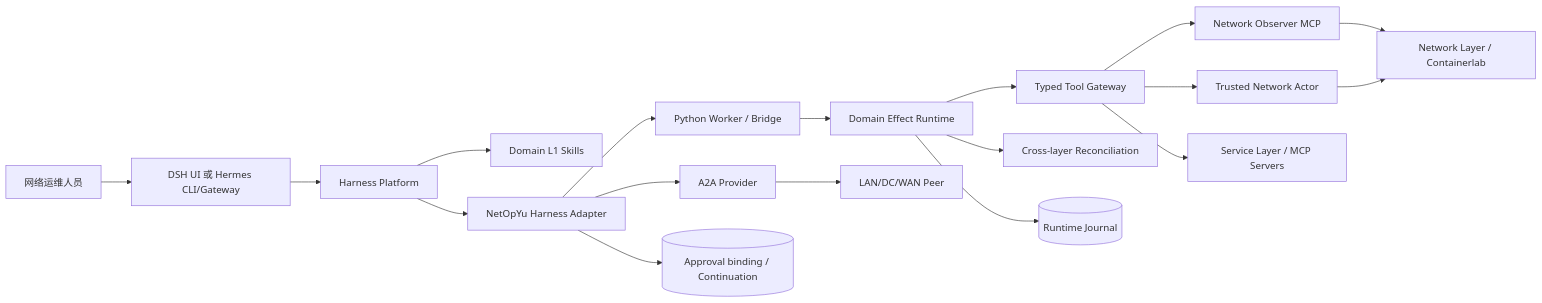
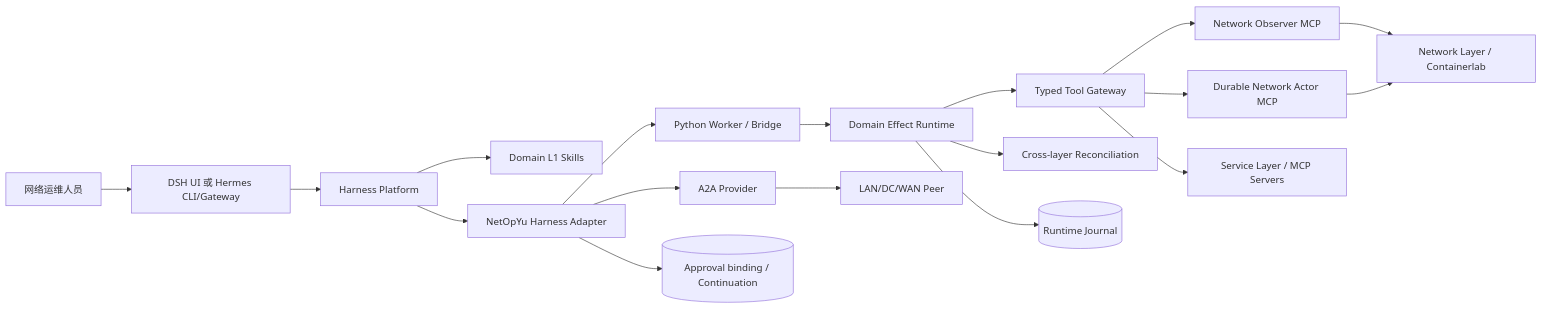
One commit to kevinyjk25/NetOpYuAgent changed the first of 4 diagrams in HLD.md. Above: the diagram before and after it, drawn with Mermaid. The commit also changed other lines of this file and 35 other files, not shown here.

Commit message:
network/service layer with mcp

````diff
--- a/HLD.md
+++ b/HLD.md
@@ -29,20 +29,20 @@
 ```mermaid
 flowchart LR
     O[网络运维人员] --> UI[DSH UI 或 Hermes CLI/Gateway]
     UI --> DSH[Harness Platform]
     DSH --> L1[Domain L1 Skills]
     DSH --> P[NetOpYu Harness Adapter]
     P --> W[Python Worker / Bridge]
     W --> NR[Domain Effect Runtime]
     NR --> TG[Typed Tool Gateway]
     TG --> NO[Network Observer MCP]
-    TG --> NA[Trusted Network Actor]
+    TG --> NA[Durable Network Actor MCP]
     NO --> NL[Network Layer / Containerlab]
     NA --> NL
     TG --> SL[Service Layer / MCP Servers]
     NR --> REC[Cross-layer Reconciliation]
     P --> A2A[A2A Provider]
     A2A --> PEER[LAN/DC/WAN Peer]
     NR --> J[(Runtime Journal)]
     P --> H[(Approval binding / Continuation)]
 ```
````
